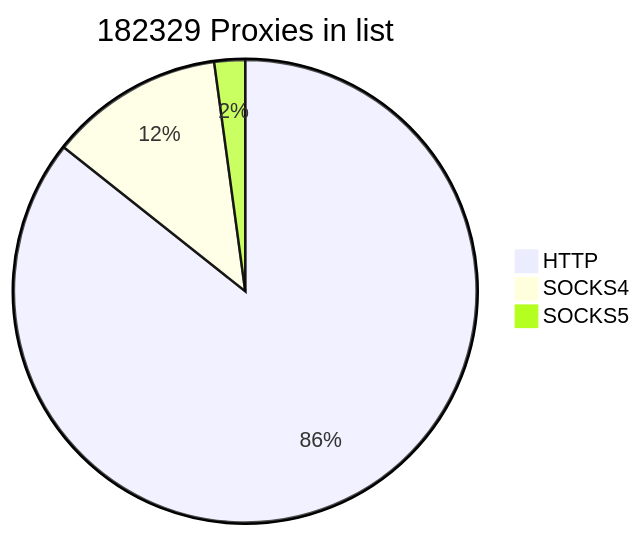
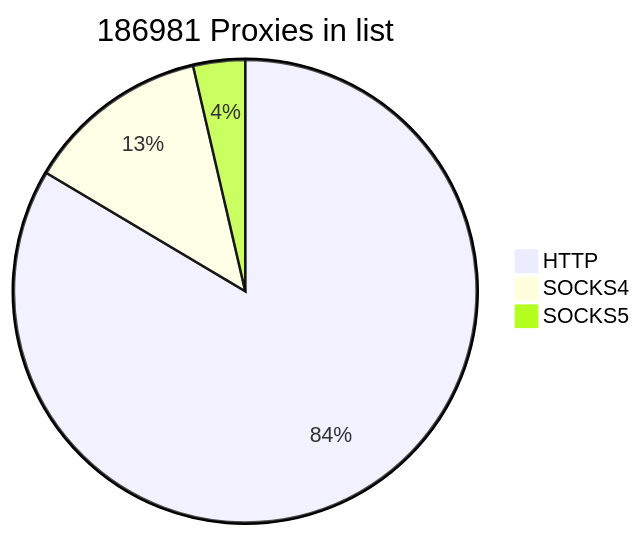
The first of 2 diagrams in README.md (cutipu/proxylist), drawn with Mermaid before and after one commit. The commit also changed other lines of this file, not shown here.

````diff
--- a/README.md
+++ b/README.md
@@ -2,7 +2,7 @@
 ```mermaid
-pie title 182329 Proxies in list
+pie title 186981 Proxies in list
     "HTTP" : 156209
-    "SOCKS4" : 22201
-    "SOCKS5" : 3919
+    "SOCKS4" : 24001
+    "SOCKS5" : 6771
             
 ```
````
